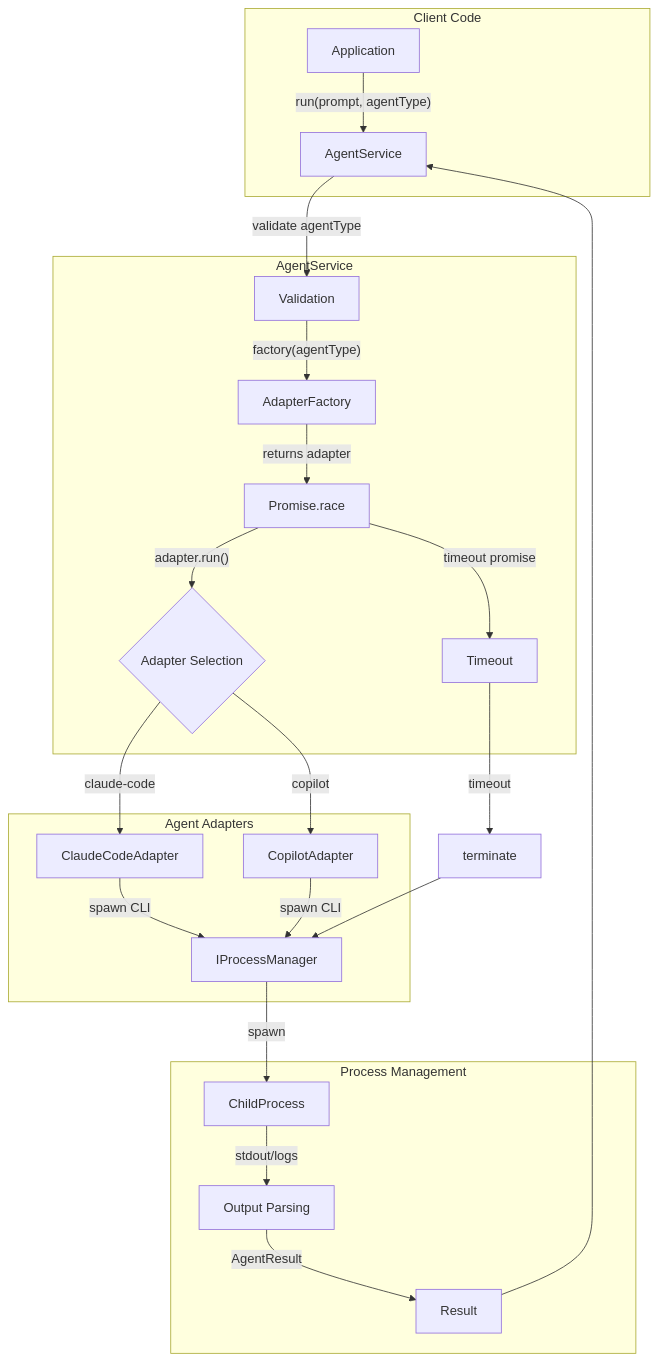
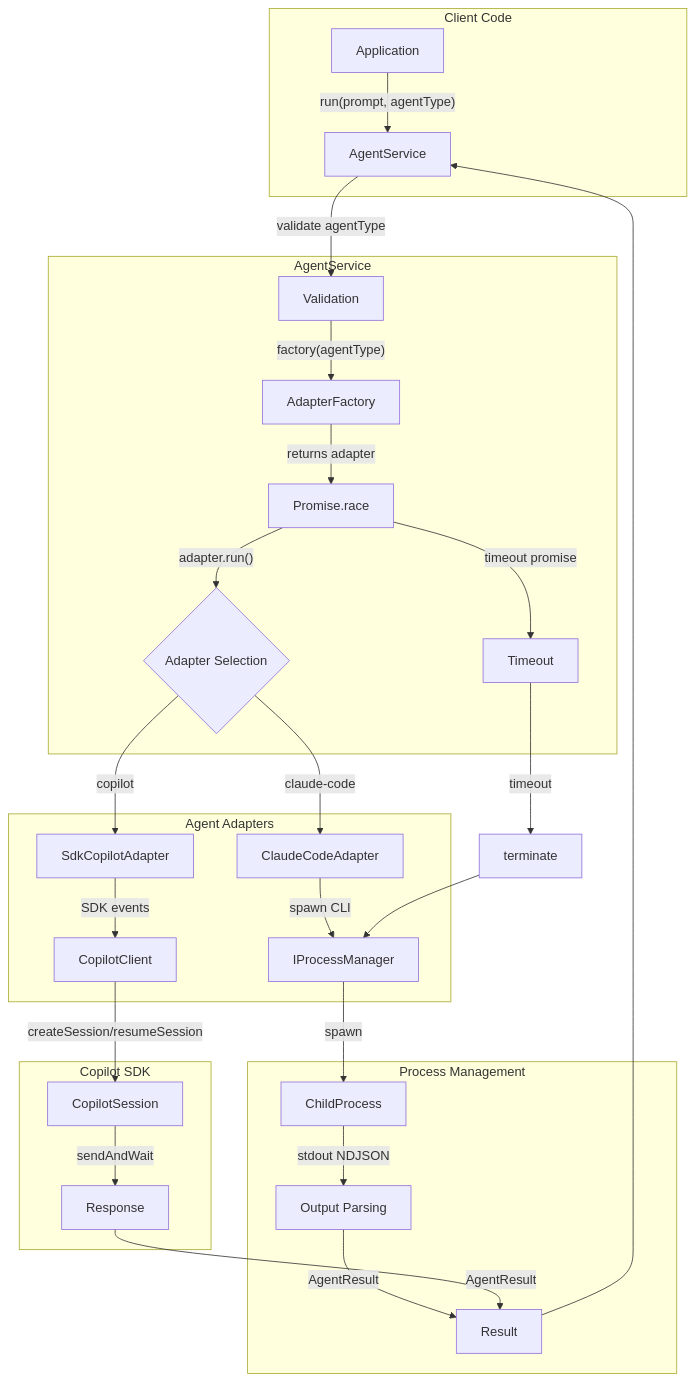
Before and after one commit to AI-Substrate/chainglass: the diagram in docs/how/dev/agent-control/1-overview.md, drawn with Mermaid. The commit also changed other lines of this file and 13 other files, not shown here.

First line of the commit message:
feat(copilot-sdk): Phase 4 - Complete SDK migration, cleanup & documentation

````diff
--- a/docs/how/dev/agent-control/1-overview.md
+++ b/docs/how/dev/agent-control/1-overview.md
@@ -17,32 +17,38 @@
 ```mermaid
 flowchart TB
     subgraph Client["Client Code"]
         A[Application] -->|"run(prompt, agentType)"| S
     end
 
     subgraph Service["AgentService"]
         S[AgentService] -->|"validate agentType"| V[Validation]
         V -->|"factory(agentType)"| F[AdapterFactory]
         F -->|"returns adapter"| R[Promise.race]
         R -->|"adapter.run()"| AD
         R -->|"timeout promise"| T[Timeout]
     end
 
     subgraph Adapters["Agent Adapters"]
         AD{Adapter Selection}
         AD -->|"claude-code"| CC[ClaudeCodeAdapter]
-        AD -->|"copilot"| CP[CopilotAdapter]
+        AD -->|"copilot"| CP[SdkCopilotAdapter]
         CC -->|"spawn CLI"| PM
-        CP -->|"spawn CLI"| PM
+        CP -->|"SDK events"| SDK[CopilotClient]
     end
 
     subgraph Process["Process Management"]
         PM[IProcessManager] -->|"spawn"| PR[ChildProcess]
-        PR -->|"stdout/logs"| OUT[Output Parsing]
+        PR -->|"stdout NDJSON"| OUT[Output Parsing]
         OUT -->|"AgentResult"| RES[Result]
+    end
+
+    subgraph CopilotSDK["Copilot SDK"]
+        SDK -->|"createSession/resumeSession"| SESS[CopilotSession]
+        SESS -->|"sendAndWait"| RESP[Response]
+        RESP -->|"AgentResult"| RES
     end
 
     RES --> S
     T -->|"timeout"| TERM[terminate]
     TERM --> PM
 ```
````
